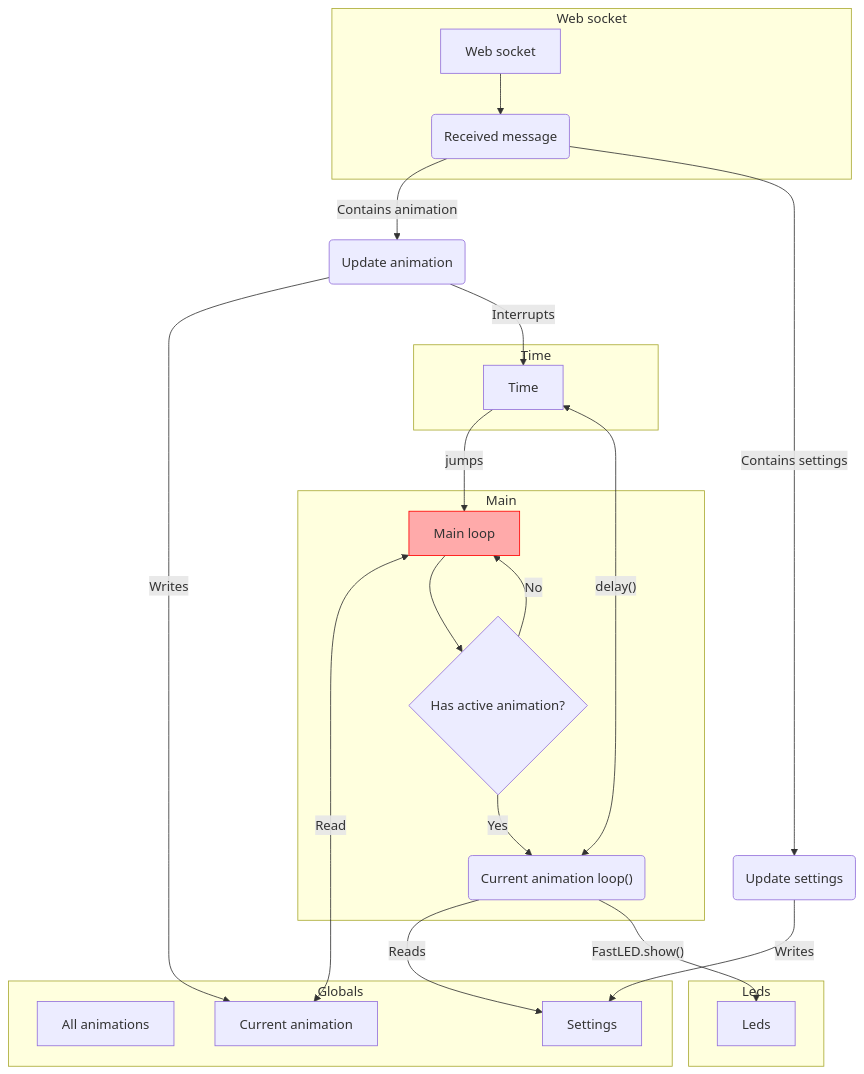
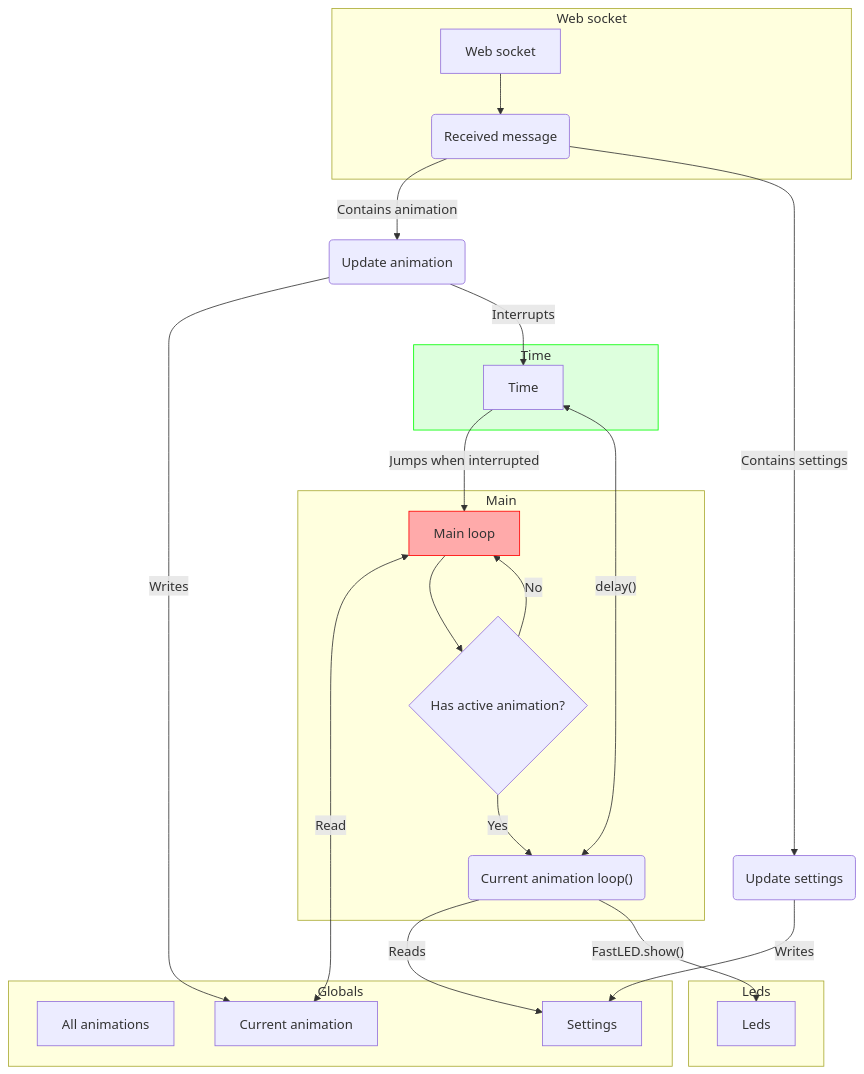
Before and after one commit to Edt-2000/Edt-2000-microcontrollers: the sixth of 6 diagrams in src/PowerBar/README.md, drawn with Mermaid. The commit also changed other lines of this file, not shown here.

````diff
--- a/src/PowerBar/README.md
+++ b/src/PowerBar/README.md
@@ -171,44 +224,45 @@
 ```mermaid
 flowchart TD
     subgraph Globals
     allAnimations[All animations]
     currentAnimation[Current animation]
     settings[Settings]
     end
 
     subgraph Leds
     leds[Leds]
     end
 
     subgraph Time
+    style Time fill:#dfd,stroke:#0f0
     time[Time] 
     end
 
     subgraph Main
     main[Main loop]
     main <-->|Read| currentAnimation
     
     main -->check{Has active animation?}
     style main fill:#faa,stroke:#f00
     check -->|Yes| animation("Current animation loop()")
     end
 
     subgraph Web socket
     ws[Web socket] -->message(Received message)
     end
 
     animation <-->|"delay()"| time
     updateAnimation -->|Writes| currentAnimation
     updateAnimation -->|Interrupts| time
     
     animation -->|Reads| settings
     animation -->|"FastLED.show()"| leds
     
     message -->|Contains animation| updateAnimation(Update animation)
 
     message -->|Contains settings| updateSettings(Update settings)
     updateSettings -->|Writes| settings
     
-    time -->|jumps| main
+    time -->|Jumps when interrupted| main
     check -->|No| main
 ```
````
